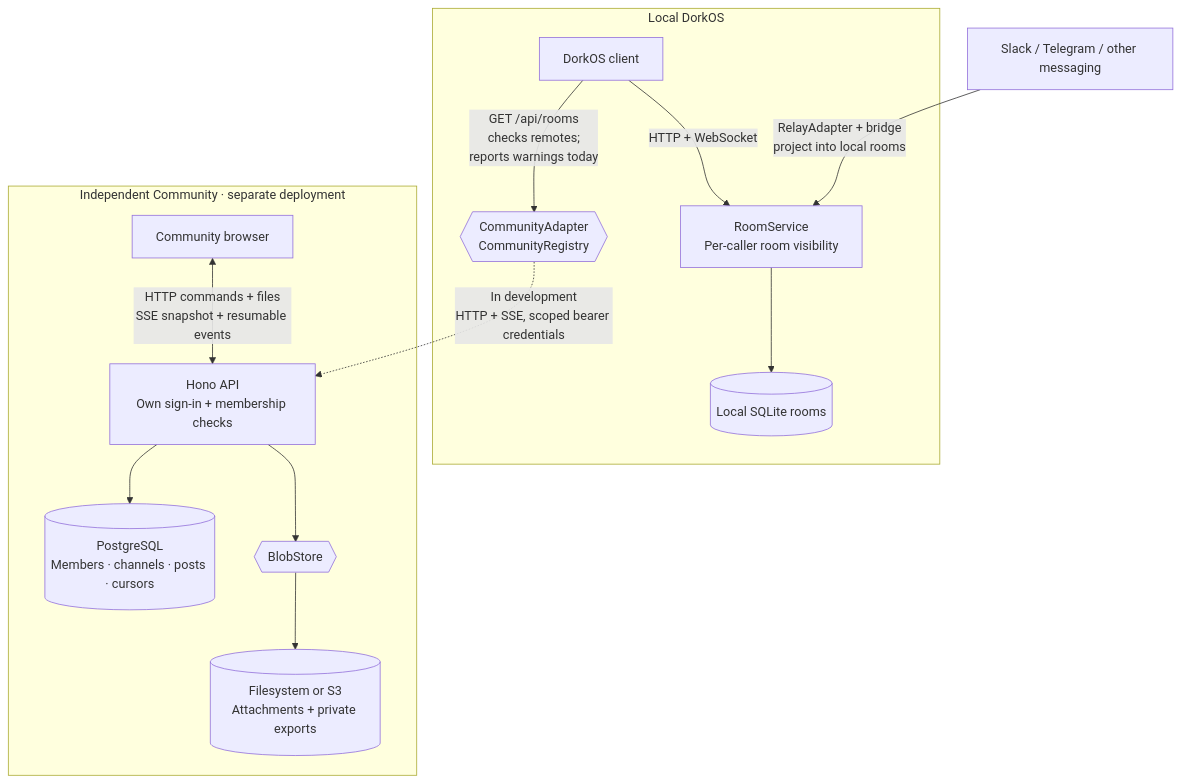
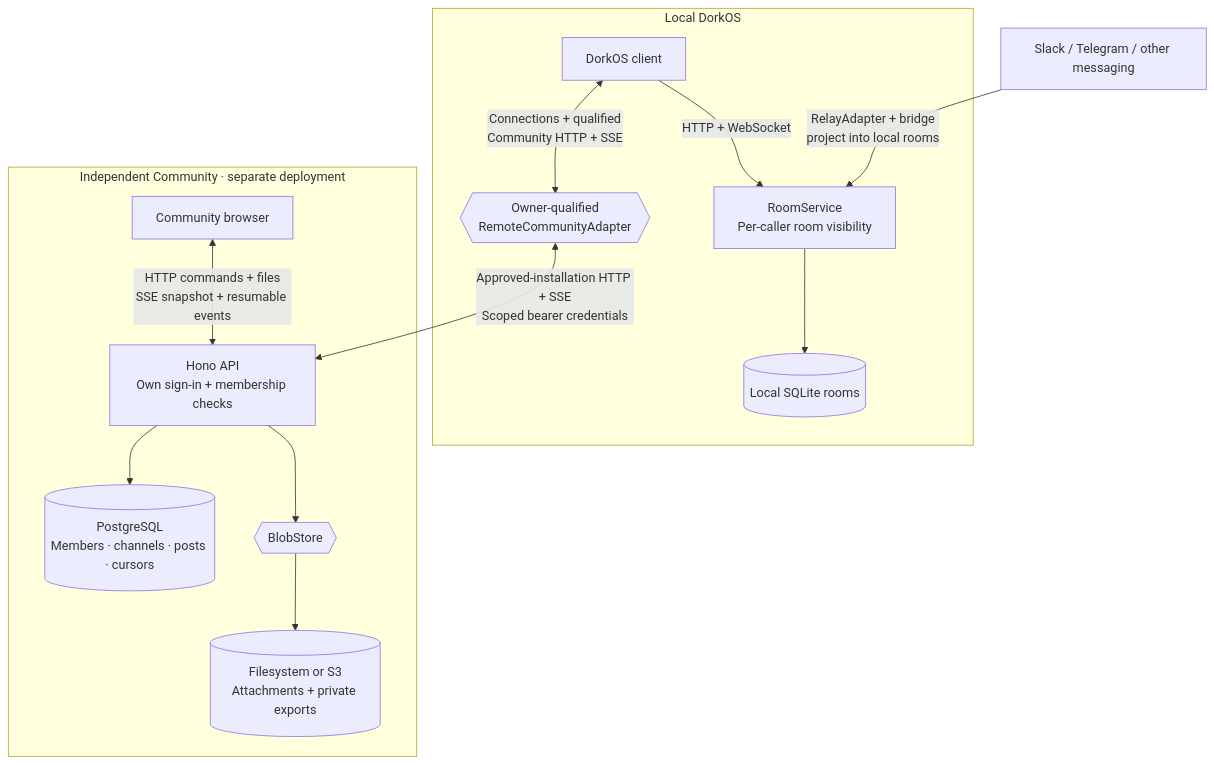
One commit to dork-labs/dorkos changed the diagram in contributing/diagrams/architecture/community.mmd. Above: the diagram before and after it, drawn with Mermaid. The commit also changed 210 other files, not shown here.

First line of the commit message:
feat(community): connect local agents to self-hosted communities (#1916)

```diff
--- a/contributing/diagrams/architecture/community.mmd
+++ b/contributing/diagrams/architecture/community.mmd
@@ -1,24 +1,24 @@
 flowchart TB
   accTitle: Local rooms and independent Community channels
-  accDescr: Local rooms live in local SQLite. Community channels have separate authentication, PostgreSQL and blob storage. The local app's remote-community connection is still being built. Messaging bridges project platform conversations into local rooms.
+  accDescr: Local rooms live in local SQLite. Community channels have separate authentication, PostgreSQL and blob storage. Approved installations use qualified local-server routes and SSE for authorized Community channels. Messaging bridges project platform conversations into local rooms.
   subgraph local["Local DorkOS"]
     localUI["DorkOS client"]
     roomService["RoomService<br/>Per-caller room visibility"]
     sqlite[("Local SQLite rooms")]
-    seam{{"CommunityAdapter<br/>CommunityRegistry"}}
+    seam{{"Owner-qualified<br/>RemoteCommunityAdapter"}}
     localUI -->|"HTTP + WebSocket"| roomService
     roomService --> sqlite
-    localUI -->|"GET /api/rooms<br/>checks remotes;<br/>reports warnings today"| seam
+    localUI <-->|"Connections + qualified<br/>Community HTTP + SSE"| seam
   end
   messaging["Slack / Telegram / other messaging"] -->|"RelayAdapter + bridge<br/>project into local rooms"| roomService
   subgraph remote["Independent Community · separate deployment"]
     browser["Community browser"]
     api["Hono API<br/>Own sign-in + membership checks"]
     db[("PostgreSQL<br/>Members · channels · posts · cursors")]
     blobs{{"BlobStore"}}
     storage[("Filesystem or S3<br/>Attachments + private exports")]
     browser <-->|"HTTP commands + files<br/>SSE snapshot + resumable events"| api
     api --> db
     api --> blobs --> storage
   end
-  seam -.->|"In development<br/>HTTP + SSE, scoped bearer credentials"| api
+  seam <-->|"Approved-installation HTTP + SSE<br/>Scoped bearer credentials"| api
```
